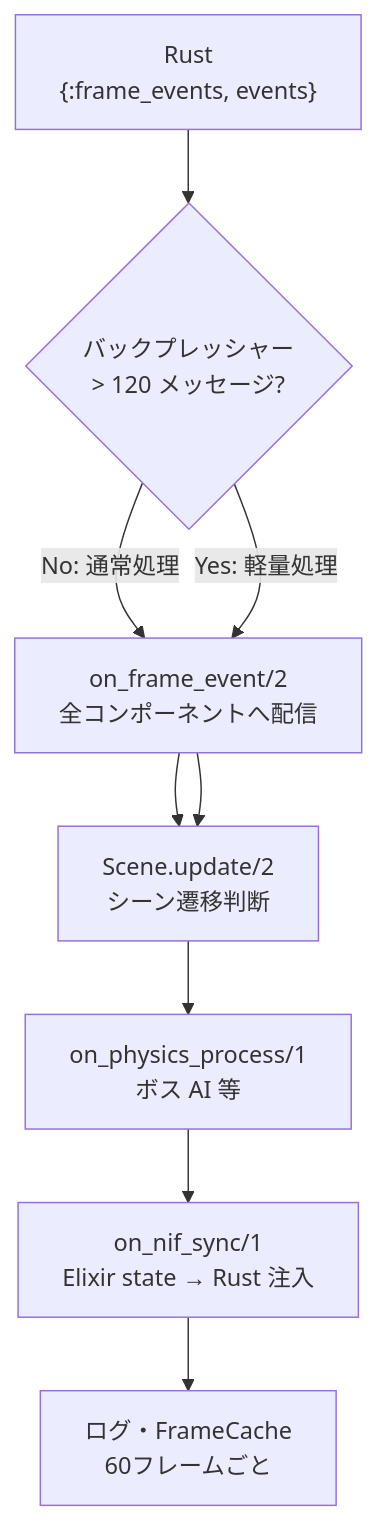
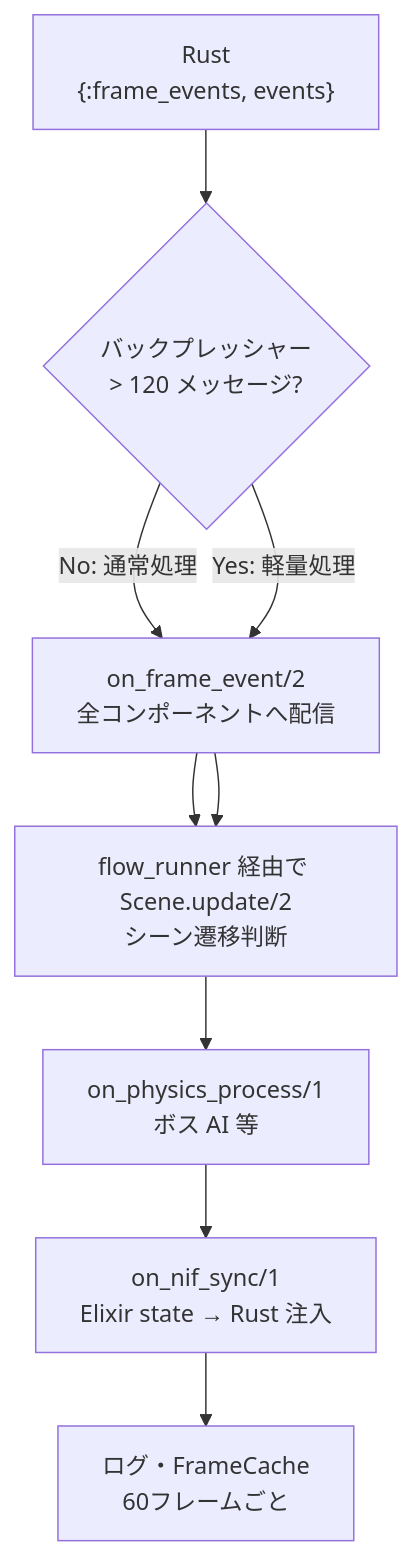
One commit to FRICK-ELDY/alchemy-engine changed the third of 5 diagrams in docs/elixir-layer.md. Above: the diagram before and after it, drawn with Mermaid. The commit also changed other lines of this file and 12 other files, not shown here.

````diff
--- a/docs/elixir-layer.md
+++ b/docs/elixir-layer.md
@@ -252,14 +252,14 @@
 ```mermaid
 flowchart TD
     R["Rust\n{:frame_events, events}"]
     BP{バックプレッシャー\n> 120 メッセージ?}
     FE[on_frame_event/2\n全コンポーネントへ配信]
-    SC[Scene.update/2\nシーン遷移判断]
+    SC[flow_runner 経由で Scene.update/2\nシーン遷移判断]
     PHY[on_physics_process/1\nボス AI 等]
     NIF[on_nif_sync/1\nElixir state → Rust 注入]
     LOG[ログ・FrameCache\n60フレームごと]
 
     R --> BP
     BP -->|No: 通常処理| FE --> SC --> PHY --> NIF --> LOG
     BP -->|Yes: 軽量処理| FE --> SC
 ```
````
